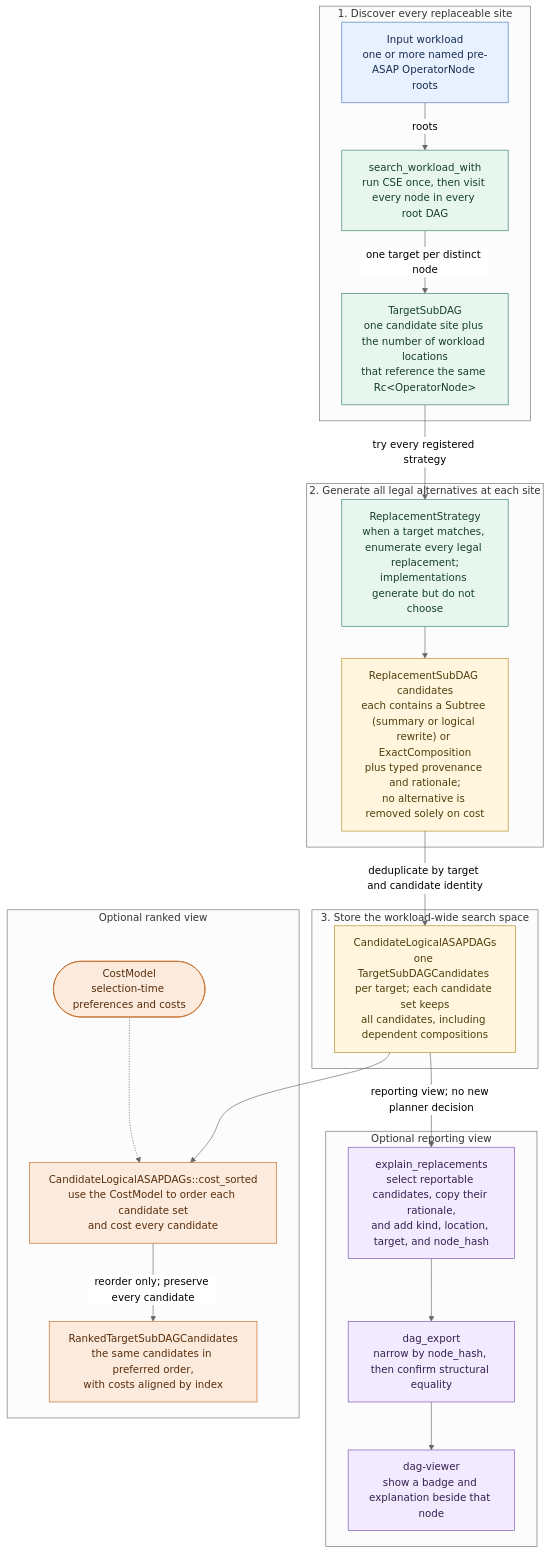
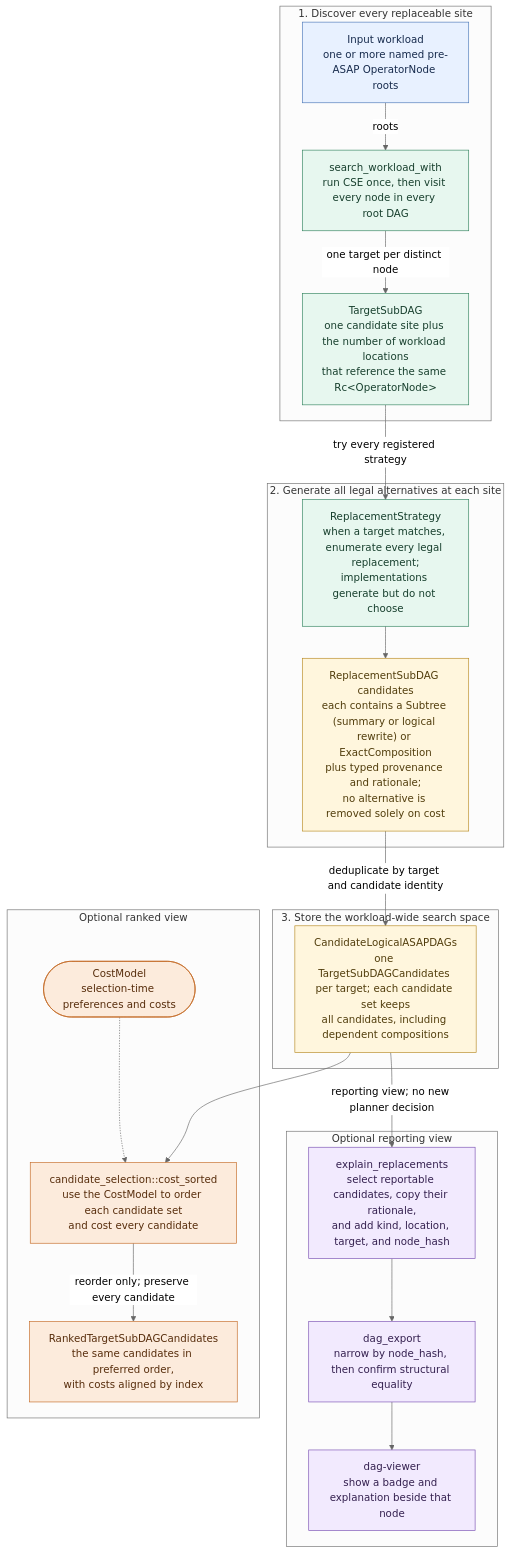
One commit to ProjectASAP/ASAPPlanner changed the first of 2 diagrams in docs/develop_docs/asap-aware-mapping-architecture.md. Above: the diagram before and after it, drawn with Mermaid (neutral theme). The commit also changed other lines of this file and 35 other files, not shown here.

````diff
--- a/docs/develop_docs/asap-aware-mapping-architecture.md
+++ b/docs/develop_docs/asap-aware-mapping-architecture.md
@@ -84,41 +84,41 @@
 ```mermaid
 flowchart TB
   classDef input fill:#e8f1ff,stroke:#4b78b8,color:#172b4d
   classDef generate fill:#e7f7ef,stroke:#31835e,color:#173f2d
   classDef store fill:#fff6dd,stroke:#b78922,color:#513d0c
   classDef choose fill:#fcebdc,stroke:#c46a25,color:#572d0c
   classDef report fill:#f2eafe,stroke:#7950b3,color:#34204f
 
   subgraph DISCOVERY[1. Discover every replaceable site]
     WL["Input workload<br/>one or more named pre-ASAP OperatorNode roots"]:::input
     SEARCH["search_workload_with<br/>run CSE once, then visit every node in every root DAG"]:::generate
     TARGET["TargetSubDAG<br/>one candidate site plus the number of workload locations<br/>that reference the same Rc&lt;OperatorNode&gt;"]:::generate
     WL -->|"roots"| SEARCH -->|"one target per distinct node"| TARGET
   end
 
   subgraph GENERATION[2. Generate all legal alternatives at each site]
     STRATEGY["ReplacementStrategy<br/>when a target matches, enumerate every legal replacement;<br/>implementations generate but do not choose"]:::generate
     CAND["ReplacementSubDAG candidates<br/>each contains a Subtree (summary or logical rewrite) or ExactComposition<br/>plus typed provenance and rationale;<br/>no alternative is removed solely on cost"]:::store
     TARGET -->|"try every registered strategy"| STRATEGY --> CAND
   end
 
   subgraph SEARCHSPACE[3. Store the workload-wide search space]
     SPACE["CandidateLogicalASAPDAGs<br/>one TargetSubDAGCandidates per target; each candidate set keeps<br/>all candidates, including dependent compositions"]:::store
     CAND -->|"deduplicate by target and candidate identity"| SPACE
   end
 
   subgraph RANKING[Optional ranked view]
     CM(["CostModel<br/>selection-time preferences and costs"]):::choose
-    SORT["CandidateLogicalASAPDAGs::cost_sorted<br/>use the CostModel to order each candidate set<br/>and cost every candidate"]:::choose
+    SORT["candidate_selection::cost_sorted<br/>use the CostModel to order each candidate set<br/>and cost every candidate"]:::choose
     CM -.-> SORT
     RANKED["RankedTargetSubDAGCandidates<br/>the same candidates in preferred order,<br/>with costs aligned by index"]:::choose
     SPACE --> SORT -->|"reorder only; preserve every candidate"| RANKED
   end
 
   subgraph REPORTING[Optional reporting view]
     EXPLAIN["explain_replacements<br/>select reportable candidates, copy their rationale,<br/>and add kind, location, target, and node_hash"]:::report
     EXPORT["dag_export<br/>narrow by node_hash, then confirm structural equality"]:::report
     VIEWER["dag-viewer<br/>show a badge and explanation beside that node"]:::report
     SPACE -->|"reporting view; no new planner decision"| EXPLAIN --> EXPORT --> VIEWER
   end
 ```
````
